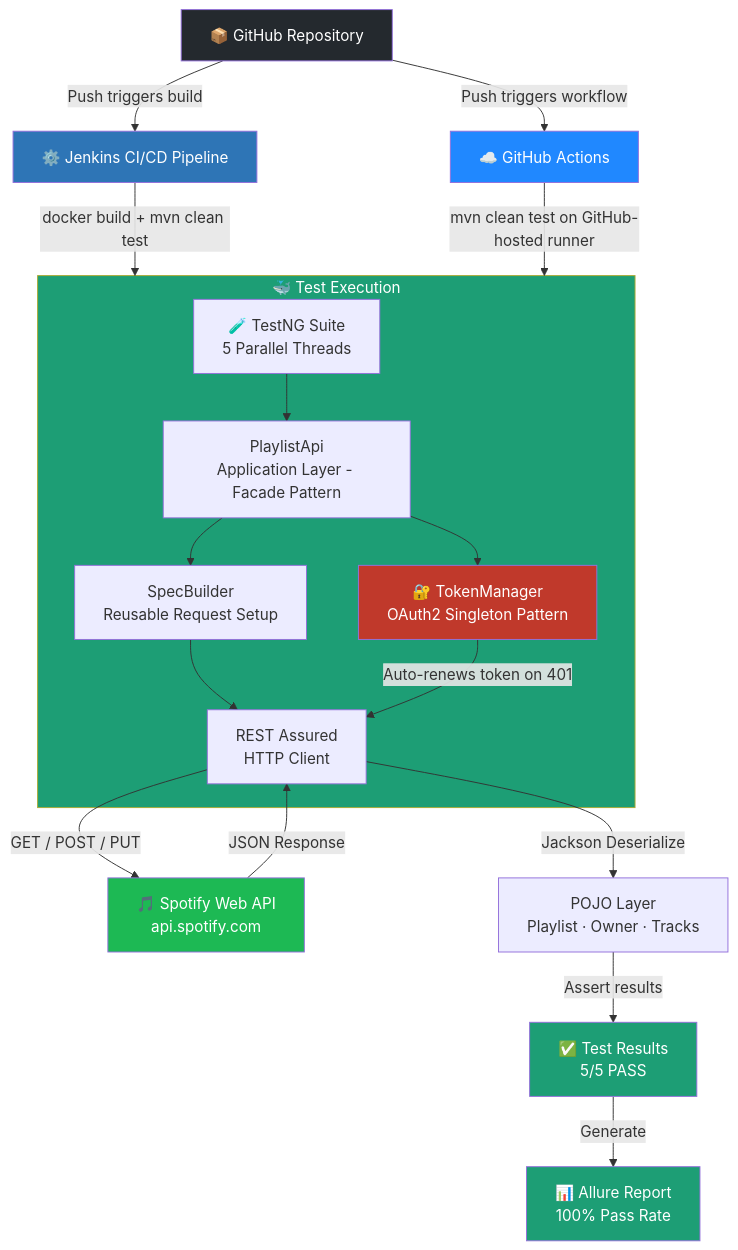
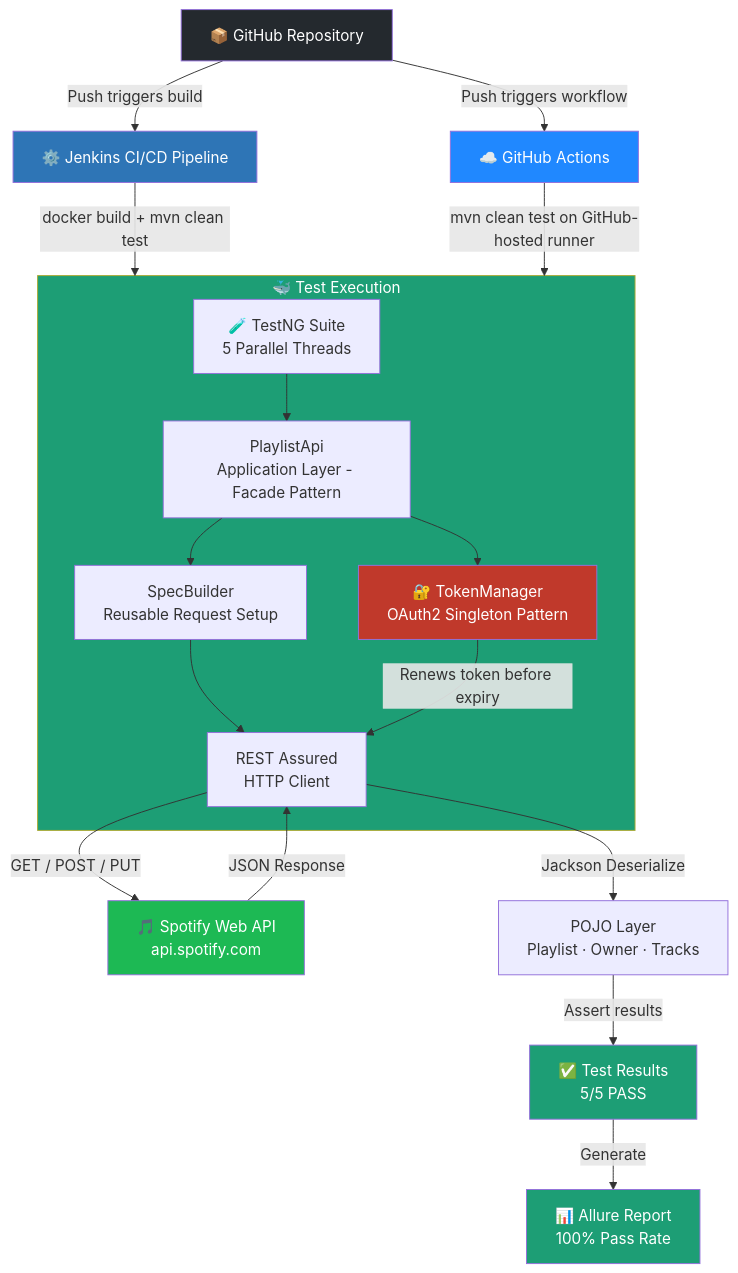
Before and after one commit to bsuranjit/RestAssuredTestngFramework: the diagram in README.md, drawn with Mermaid. The commit also changed other lines of this file, not shown here.

````diff
--- a/README.md
+++ b/README.md
@@ -96,31 +96,31 @@
 ```mermaid
 graph TD
     GH[📦 GitHub Repository] -->|Push triggers build| J[⚙️ Jenkins CI/CD Pipeline]
     GH -->|Push triggers workflow| GA[☁️ GitHub Actions]
     J -->|docker build + mvn clean test| D
     GA -->|mvn clean test on GitHub-hosted runner| D
 
     subgraph D[🐳 Test Execution]
         TS[🧪 TestNG Suite\n5 Parallel Threads]
         TS --> PA[PlaylistApi\nApplication Layer - Facade Pattern]
         PA --> SB[SpecBuilder\nReusable Request Setup]
         PA --> TM[🔐 TokenManager\nOAuth2 Singleton Pattern]
         SB --> RR[REST Assured\nHTTP Client]
-        TM -->|Auto-renews token on 401| RR
+        TM -->|Renews token before expiry| RR
     end
 
     RR -->|GET / POST / PUT| SPOT[🎵 Spotify Web API\napi.spotify.com]
     SPOT -->|JSON Response| RR
     RR -->|Jackson Deserialize| POJO[POJO Layer\nPlaylist · Owner · Tracks]
     POJO -->|Assert results| RESULT[✅ Test Results\n5/5 PASS]
     RESULT -->|Generate| AR[📊 Allure Report\n100% Pass Rate]
 
     style GH fill:#24292e,color:#fff
     style J fill:#2E75B6,color:#fff
     style GA fill:#2088FF,color:#fff
     style D fill:#1D9E75,color:#fff
     style SPOT fill:#1DB954,color:#fff
     style TM fill:#C0392B,color:#fff
     style AR fill:#1D9E75,color:#fff
     style RESULT fill:#1D9E75,color:#fff
 ```
````
